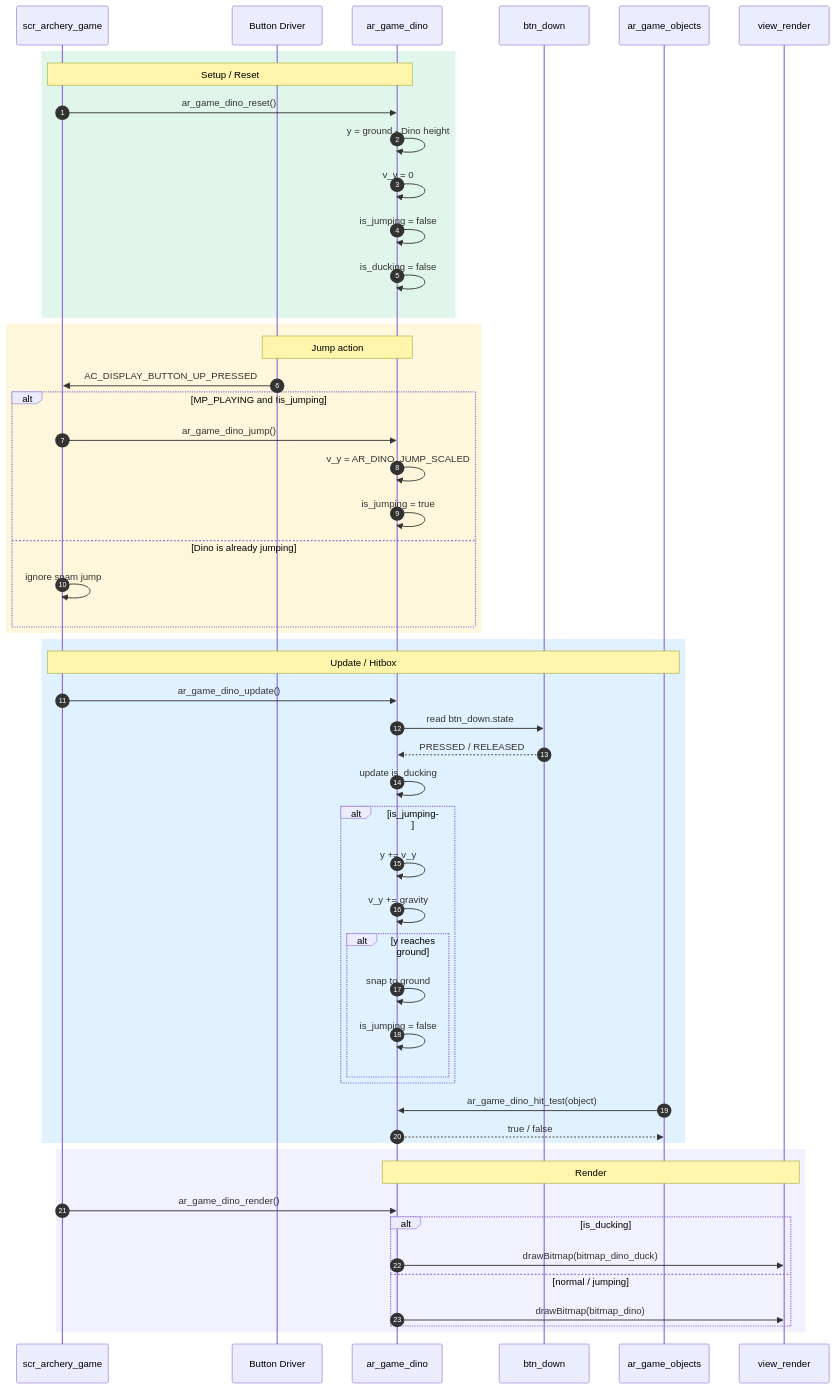
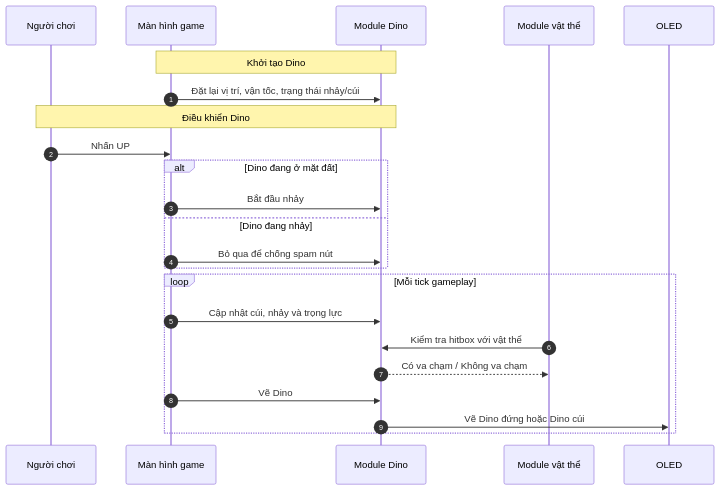
Before and after one commit to trqvu21/AK-KIT_DINOGAME: the second of 7 diagrams in README.md, drawn with Mermaid. The commit also changed other lines of this file and 12 other files, not shown here.

````diff
--- a/README.md
+++ b/README.md
@@ -283,59 +200,28 @@
 ```mermaid
 sequenceDiagram
     autonumber
-    participant Screen as scr_archery_game
-    participant Button as Button Driver
-    participant Dino as ar_game_dino
-    participant Down as btn_down
-    participant Objects as ar_game_objects
-    participant OLED as view_render
+    participant NguoiChoi as Người chơi
+    participant Screen as Màn hình game
+    participant Dino as Module Dino
+    participant Objects as Module vật thể
+    participant OLED as OLED
 
-    rect rgba(0, 180, 80, 0.12)
-    Note over Screen, Dino: Setup / Reset
-    Screen->>Dino: ar_game_dino_reset()
-    Dino->>Dino: y = ground - Dino height
-    Dino->>Dino: v_y = 0
-    Dino->>Dino: is_jumping = false
-    Dino->>Dino: is_ducking = false
+    Note over Screen, Dino: Khởi tạo Dino
+    Screen->>Dino: Đặt lại vị trí, vận tốc, trạng thái nhảy/cúi
+
+    Note over NguoiChoi, Dino: Điều khiển Dino
+    NguoiChoi->>Screen: Nhấn UP
+    alt Dino đang ở mặt đất
+        Screen->>Dino: Bắt đầu nhảy
+    else Dino đang nhảy
+        Screen->>Dino: Bỏ qua để chống spam nút
     end
 
-    rect rgba(255, 200, 0, 0.14)
-    Note over Button, Dino: Jump action
-    Button->>Screen: AC_DISPLAY_BUTTON_UP_PRESSED
-    alt MP_PLAYING and !is_jumping
-        Screen->>Dino: ar_game_dino_jump()
-        Dino->>Dino: v_y = AR_DINO_JUMP_SCALED
-        Dino->>Dino: is_jumping = true
-    else Dino is already jumping
-        Screen->>Screen: ignore spam jump
-    end
-    end
-
-    rect rgba(0, 140, 255, 0.12)
-    Note over Screen, Objects: Update / Hitbox
-    Screen->>Dino: ar_game_dino_update()
-    Dino->>Down: read btn_down.state
-    Down-->>Dino: PRESSED / RELEASED
-    Dino->>Dino: update is_ducking
-    alt is_jumping
-        Dino->>Dino: y += v_y
-        Dino->>Dino: v_y += gravity
-        alt y reaches ground
-            Dino->>Dino: snap to ground
-            Dino->>Dino: is_jumping = false
-        end
-    end
-    Objects->>Dino: ar_game_dino_hit_test(object)
-    Dino-->>Objects: true / false
-    end
-
-    rect rgba(120, 120, 255, 0.10)
-    Note over Dino, OLED: Render
-    Screen->>Dino: ar_game_dino_render()
-    alt is_ducking
-        Dino->>OLED: drawBitmap(bitmap_dino_duck)
-    else normal / jumping
-        Dino->>OLED: drawBitmap(bitmap_dino)
-    end
+    loop Mỗi tick gameplay
+        Screen->>Dino: Cập nhật cúi, nhảy và trọng lực
+        Objects->>Dino: Kiểm tra hitbox với vật thể
+        Dino-->>Objects: Có va chạm / Không va chạm
+        Screen->>Dino: Vẽ Dino
+        Dino->>OLED: Vẽ Dino đứng hoặc Dino cúi
     end
 ```
````
